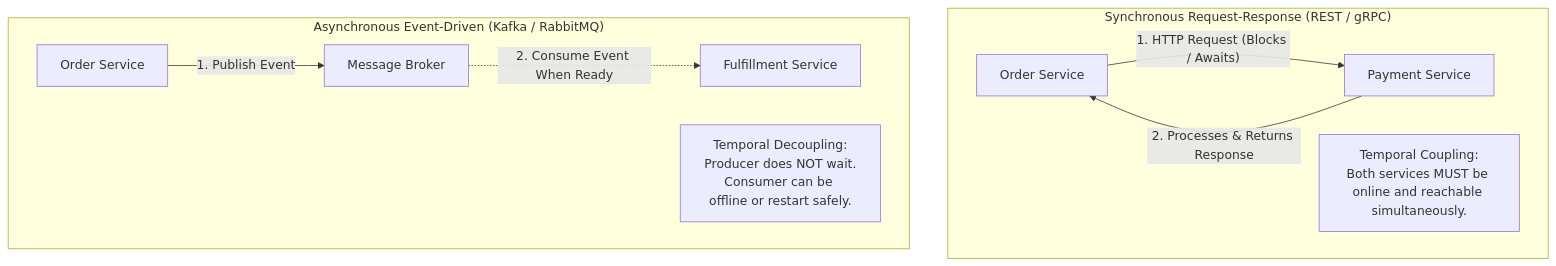
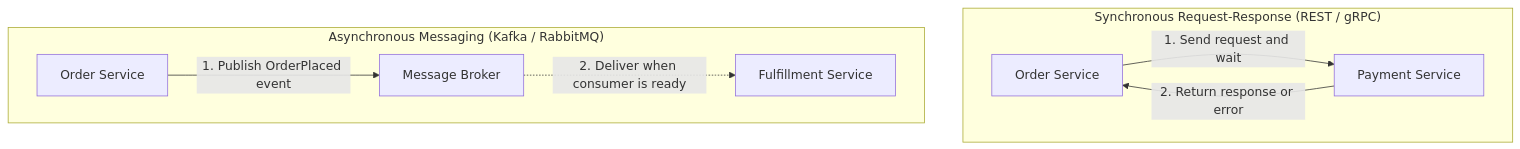
One commit to ravishankar2463/java_hub changed the first of 3 diagrams in content/roadmap/level-11/inter-service-communication.md. Above: the diagram before and after it, drawn with Mermaid. The commit also changed other lines of this file and 119 other files, not shown here.

Commit message:
feat: add comprehensive java learning roadmap content across multiple levels

````diff
--- a/content/roadmap/level-11/inter-service-communication.md
+++ b/content/roadmap/level-11/inter-service-communication.md
@@ -22,14 +16,12 @@
 ```mermaid
 flowchart TD
-    subgraph Synchronous ["Synchronous Request-Response (REST / gRPC)"]
-        Client1["Order Service"] -->|"1. HTTP Request (Blocks / Awaits)"| Server1["Payment Service"]
-        Server1 -->|"2. Processes & Returns Response"| Client1
-        Note1["Temporal Coupling:<br/>Both services MUST be online and reachable simultaneously."]
+    subgraph Sync ["Synchronous Request-Response (REST / gRPC)"]
+        C1["Order Service"] -->|"1. Send request and wait"| S1["Payment Service"]
+        S1 -->|"2. Return response or error"| C1
     end
 
-    subgraph Asynchronous ["Asynchronous Event-Driven (Kafka / RabbitMQ)"]
-        Client2["Order Service"] -->|"1. Publish Event"| Broker["Message Broker"]
-        Broker -.->|"2. Consume Event When Ready"| Server2["Fulfillment Service"]
-        Note2["Temporal Decoupling:<br/>Producer does NOT wait.<br/>Consumer can be offline or restart safely."]
+    subgraph Async ["Asynchronous Messaging (Kafka / RabbitMQ)"]
+        C2["Order Service"] -->|"1. Publish OrderPlaced event"| Broker["Message Broker"]
+        Broker -.->|"2. Deliver when consumer is ready"| S2["Fulfillment Service"]
     end
 ```
````
